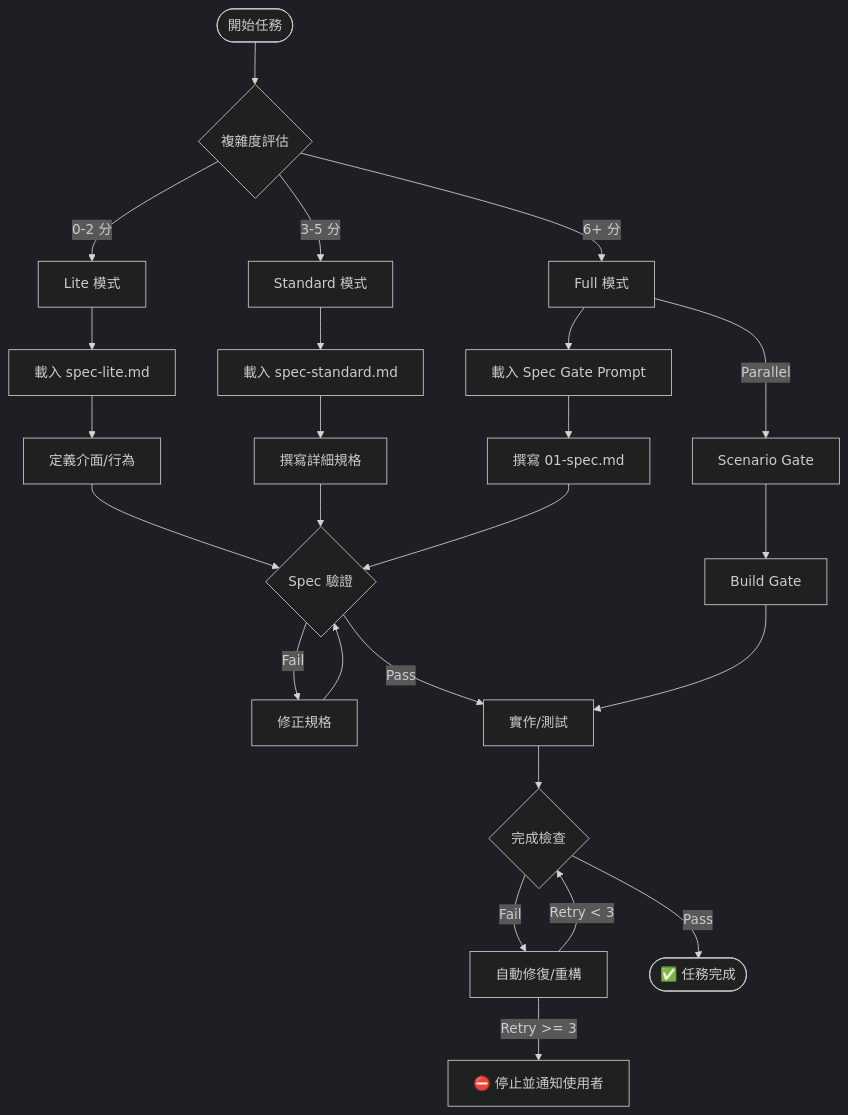
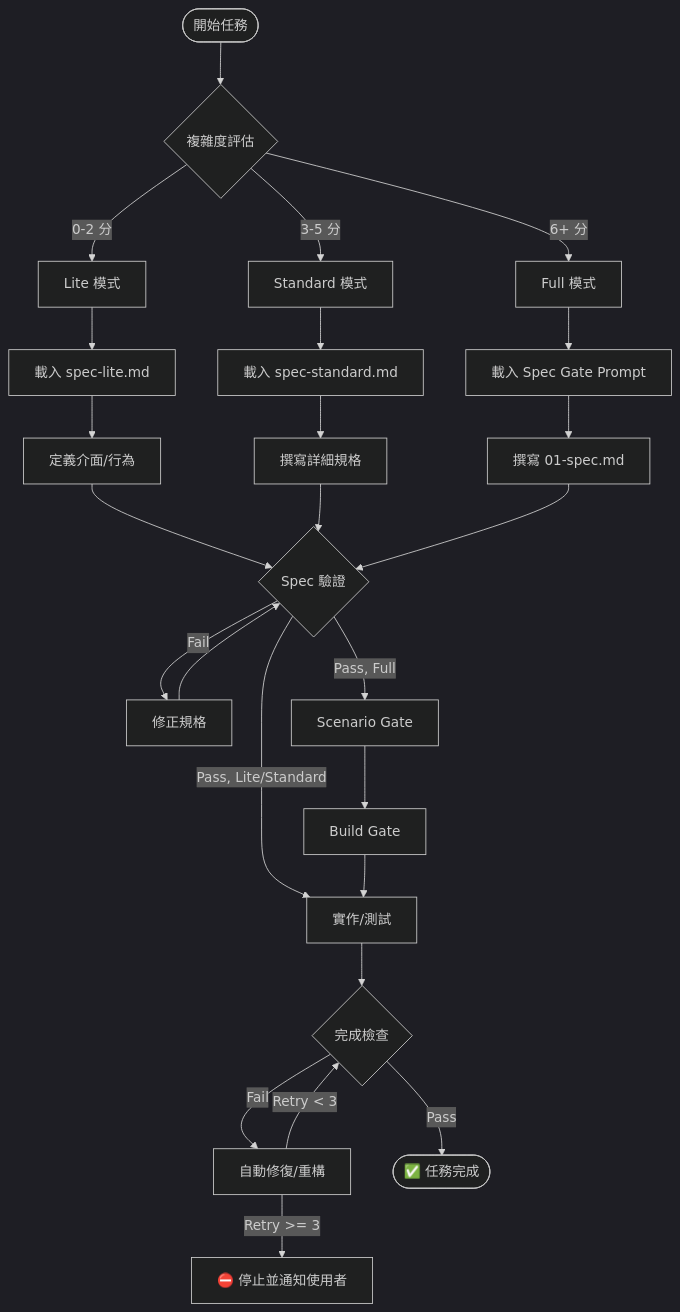
One commit to jungyu/data-science-2026 changed the diagram in agent-init/skills/sdd-bdd-workflow/05-execution-flow.md. Above: the diagram before and after it, drawn with Mermaid (dark theme). The commit also changed 3 other files, not shown here.

````diff
--- a/agent-init/skills/sdd-bdd-workflow/05-execution-flow.md
+++ b/agent-init/skills/sdd-bdd-workflow/05-execution-flow.md
@@ -9,42 +9,42 @@
 ```mermaid
 flowchart TD
     START([開始任務]) --> GATE0{複雜度評估}
     
     %% Lite Mode Path
     GATE0 -->|0-2 分| LITE[Lite 模式]
     LITE --> L1[載入 spec-lite.md]
     L1 --> L2[定義介面/行為]
     L2 --> CHK1{Spec 驗證}
     
     %% Standard Mode Path
     GATE0 -->|3-5 分| STD[Standard 模式]
     STD --> S1[載入 spec-standard.md]
     S1 --> S2[撰寫詳細規格]
     S2 --> CHK1
     
     %% Full Mode Path
     GATE0 -->|6+ 分| FULL[Full 模式]
     FULL --> F1[載入 Spec Gate Prompt]
     F1 --> F2[撰寫 01-spec.md]
     F2 --> CHK1
     
     %% Common Implementation Path
     CHK1 -->|Fail| FIX_SPEC[修正規格]
     FIX_SPEC --> CHK1
     
-    CHK1 -->|Pass| IMPL[實作/測試]
+    CHK1 -->|Pass, Lite/Standard| IMPL[實作/測試]
     
-    %% Full Mode Extra Steps
-    FULL -->|Parallel| F3[Scenario Gate]
+    %% Full Mode Extra Steps (sequential after Spec Gate passes)
+    CHK1 -->|Pass, Full| F3[Scenario Gate]
     F3 --> F4[Build Gate]
     F4 --> IMPL
     
     %% Verification Loop
     IMPL --> CHK2{完成檢查}
     
     CHK2 -->|Fail| FIX_CODE[自動修復/重構]
     FIX_CODE -->|Retry < 3| CHK2
     FIX_CODE -->|Retry >= 3| STOP[⛔️ 停止並通知使用者]
     
     CHK2 -->|Pass| END([✅ 任務完成])
 ```
````
